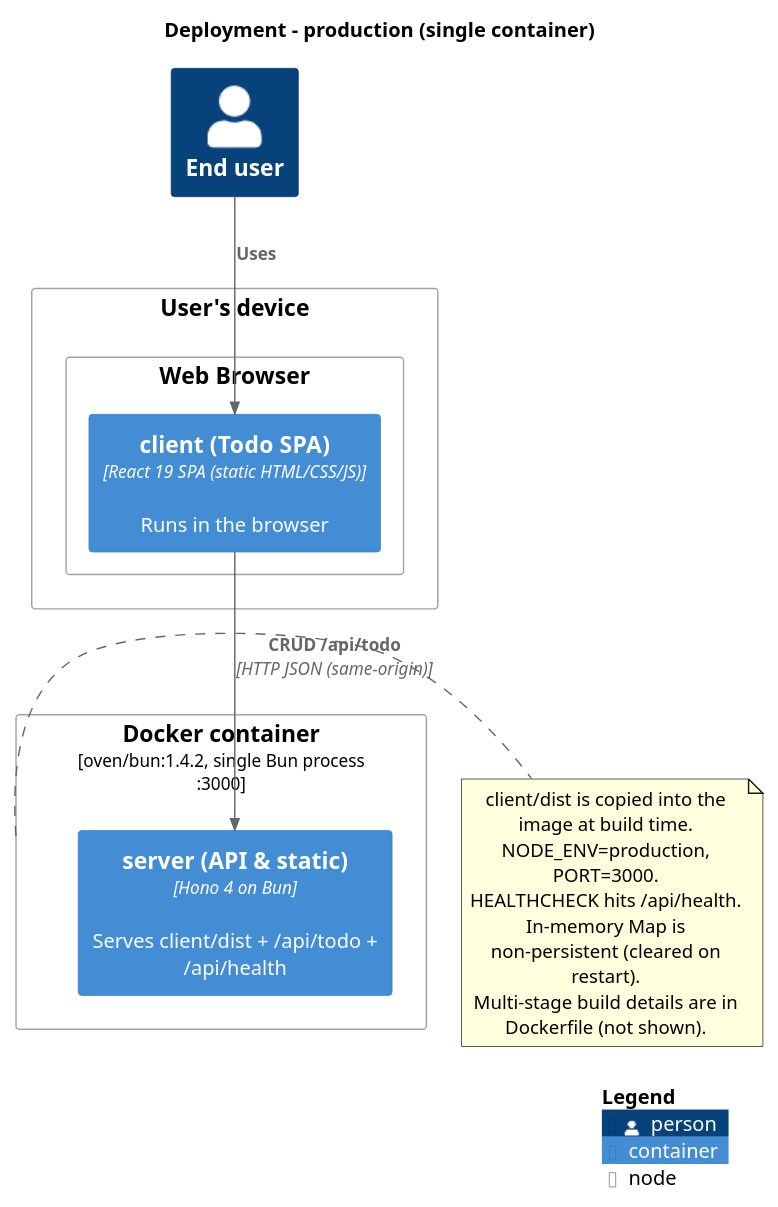
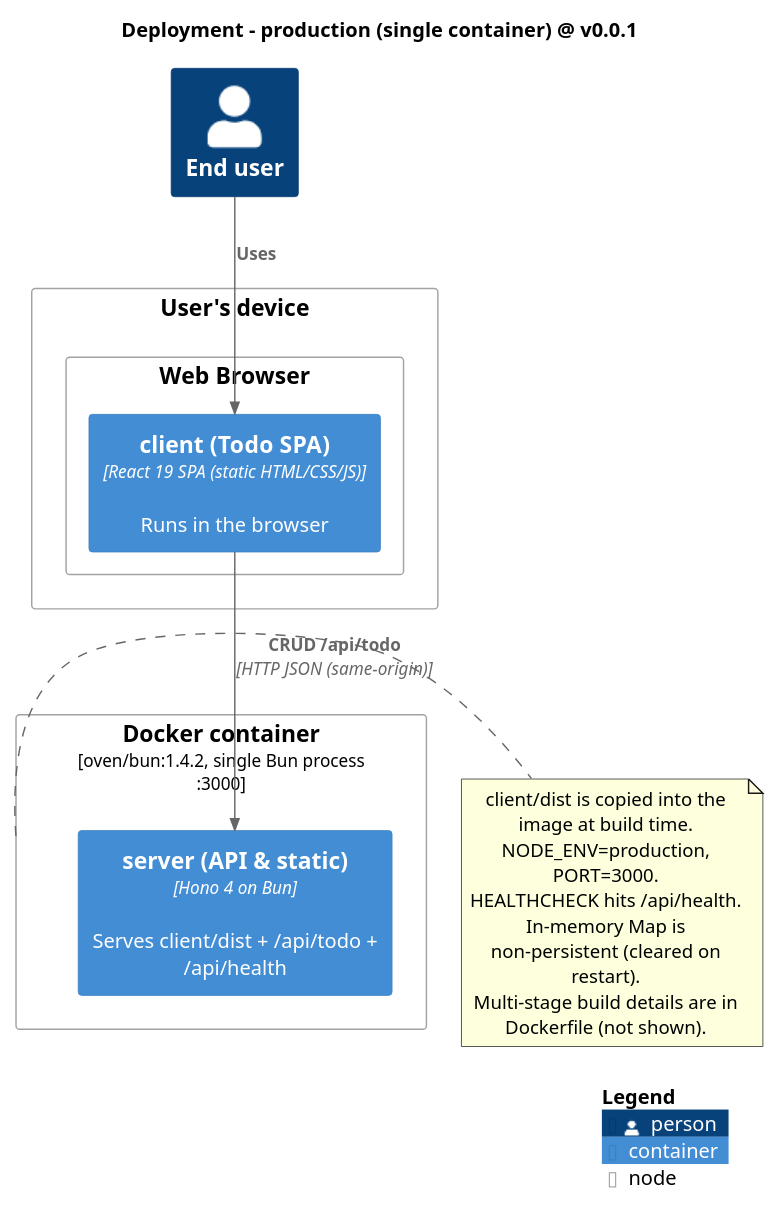
Before and after one commit to MemoryIt/todo: the diagram in docs/architecture/diagrams/06b-deployment-prod.puml, drawn with PlantUML. The commit also changed 10 other files, not shown here.

Commit message:
docs(diagrams): add the v0.0.1 version anchor to diagram titles

```diff
--- a/docs/architecture/diagrams/06b-deployment-prod.puml
+++ b/docs/architecture/diagrams/06b-deployment-prod.puml
@@ -1,29 +1,29 @@
 @startuml
 !include <C4/C4_Deployment>
-title Deployment - production (single container)
+title Deployment - production (single container) @ v0.0.1
 
 Person(user, "End user")
 
 Deployment_Node(userDevice, "User's device") {
   Deployment_Node(browser, "Web Browser") {
     Container(client, "client (Todo SPA)", "React 19 SPA (static HTML/CSS/JS)", "Runs in the browser")
   }
 }
 
 Deployment_Node(docker, "Docker container", "oven/bun:1.4.2, single Bun process :3000") {
   Container(server, "server (API & static)", "Hono 4 on Bun", "Serves client/dist + /api/todo + /api/health")
 }
 
 Rel(user, client, "Uses")
 Rel(client, server, "CRUD /api/todo", "HTTP JSON (same-origin)")
 
 note right of docker
   client/dist is copied into the image at build time.
   NODE_ENV=production, PORT=3000.
   HEALTHCHECK hits /api/health.
   In-memory Map is non-persistent (cleared on restart).
   Multi-stage build details are in Dockerfile (not shown).
 end note
 
 SHOW_LEGEND()
 @enduml
```
